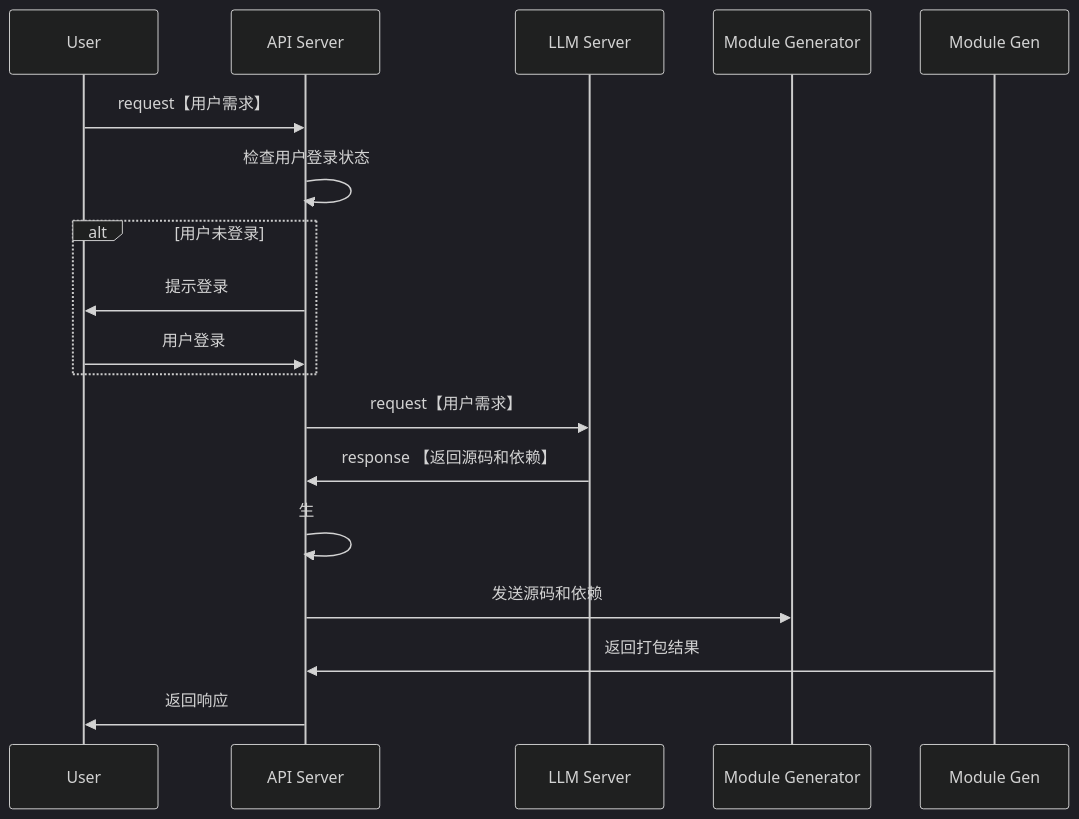
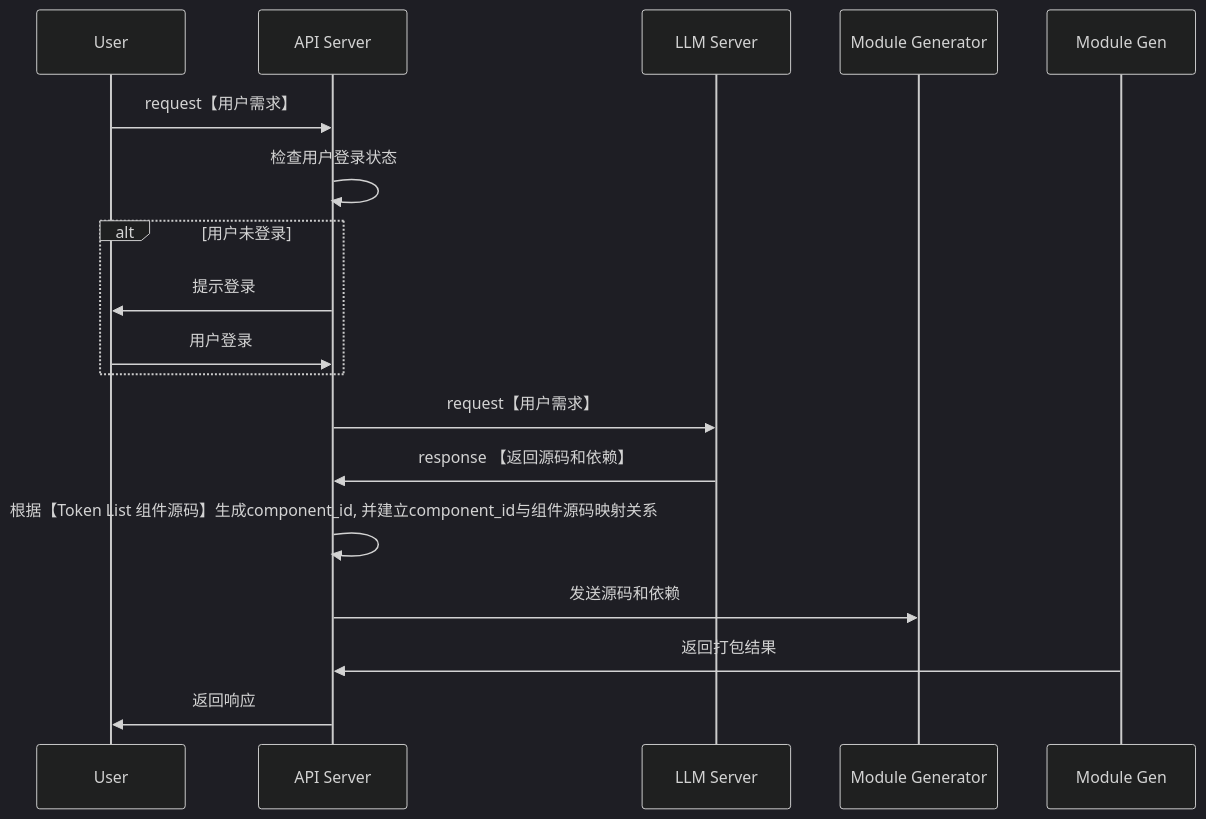
One commit to yingjianzh/iodraw-files changed the diagram in all/未命名-7.md. Above: the diagram before and after it, drawn with Mermaid (dark theme).

Commit message:
2024-10-08 15:39:25 update

````diff
--- a/all/未命名-7.md
+++ b/all/未命名-7.md
@@ -1,24 +1,24 @@
 ```mermaid
 sequenceDiagram
     participant User
     participant API Server
     participant LLM Server
     participant Module Generator
 
     User->>API Server: request【用户需求】
     API Server->>API Server: 检查用户登录状态
     alt 用户未登录
         API Server->>User: 提示登录
         User->>API Server: 用户登录
     end
 
     API Server->>LLM Server: request【用户需求】
     LLM Server->>API Server: response 【返回源码和依赖】
-    API Server->>API Server: 生
+    API Server->>API Server: 根据【Token List 组件源码】生成component_id, 并建立component_id与组件源码映射关系
 
     API Server->>Module Generator: 发送源码和依赖
     Module Gen->>API Server: 返回打包结果
 
     API Server->>User: 返回响应
 
 ```
````
